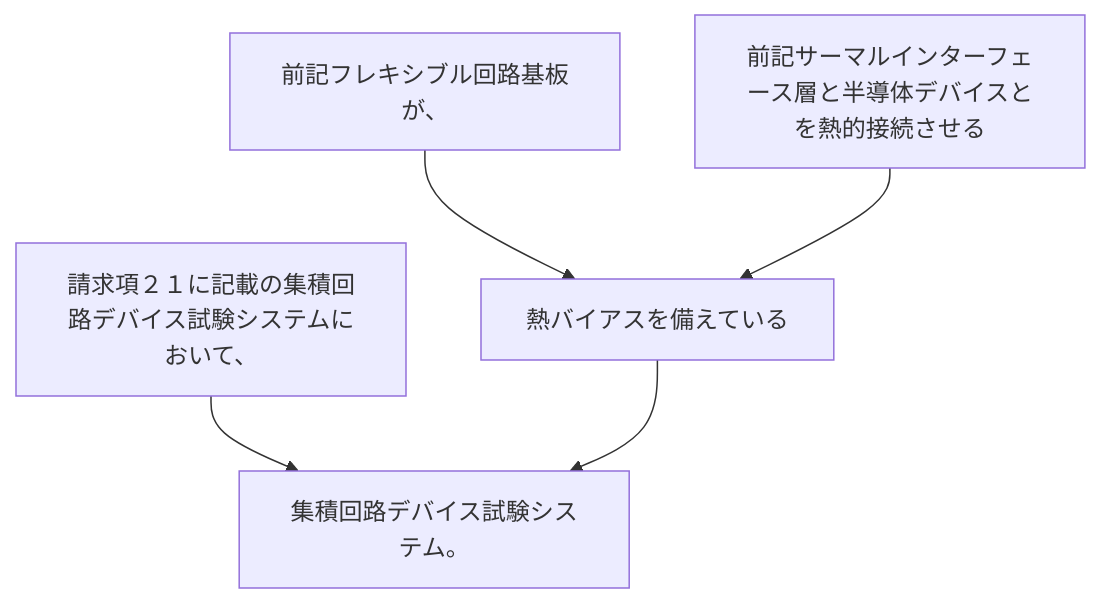
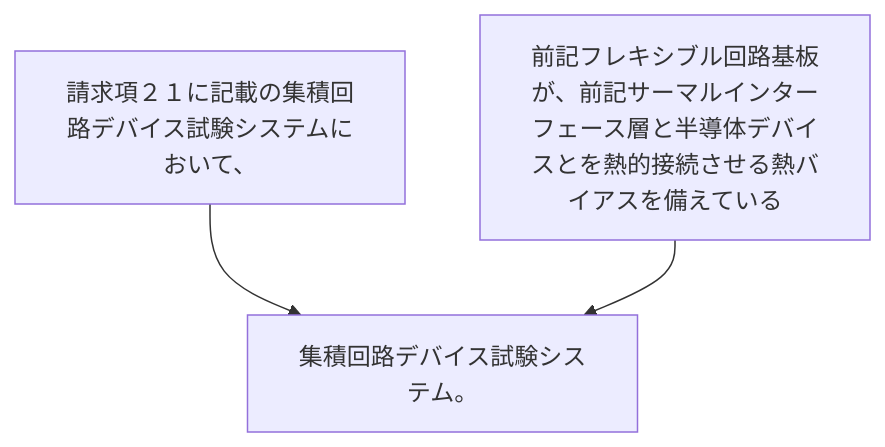
Before and after one commit to shinmori55/patent_analyzed: the diagram in 2024/JP2024023283A/claim_23/README.md, drawn with Mermaid. The commit also changed 336 other files, not shown here.

````diff
--- a/2024/JP2024023283A/claim_23/README.md
+++ b/2024/JP2024023283A/claim_23/README.md
@@ -3,12 +3,8 @@
 ```mermaid
 flowchart TD
 A[請求項２１に記載の集積回路デバイス試験システムにおいて、]
-B[前記フレキシブル回路基板が、]
-C[前記サーマルインターフェース層と半導体デバイスとを熱的接続させる]
-D[熱バイアスを備えている]
-E[集積回路デバイス試験システム。]
-A --> E
-B --> D
-C --> D
-D --> E
+B[前記フレキシブル回路基板が、前記サーマルインターフェース層と半導体デバイスとを熱的接続させる熱バイアスを備えている]
+C[集積回路デバイス試験システム。]
+A --> C
+B --> C
 ```
````
